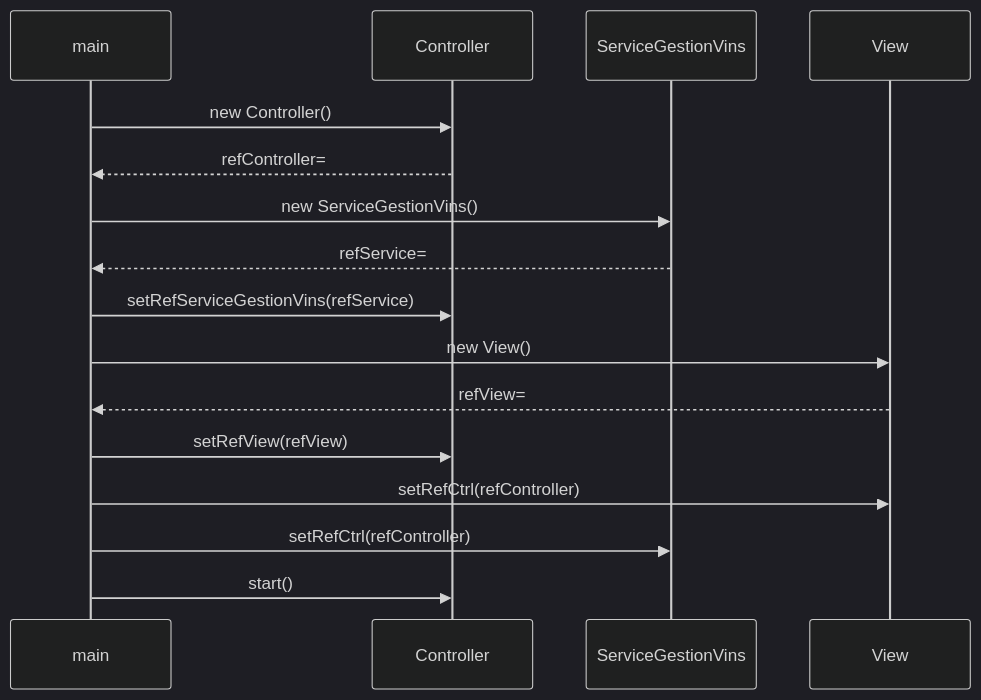
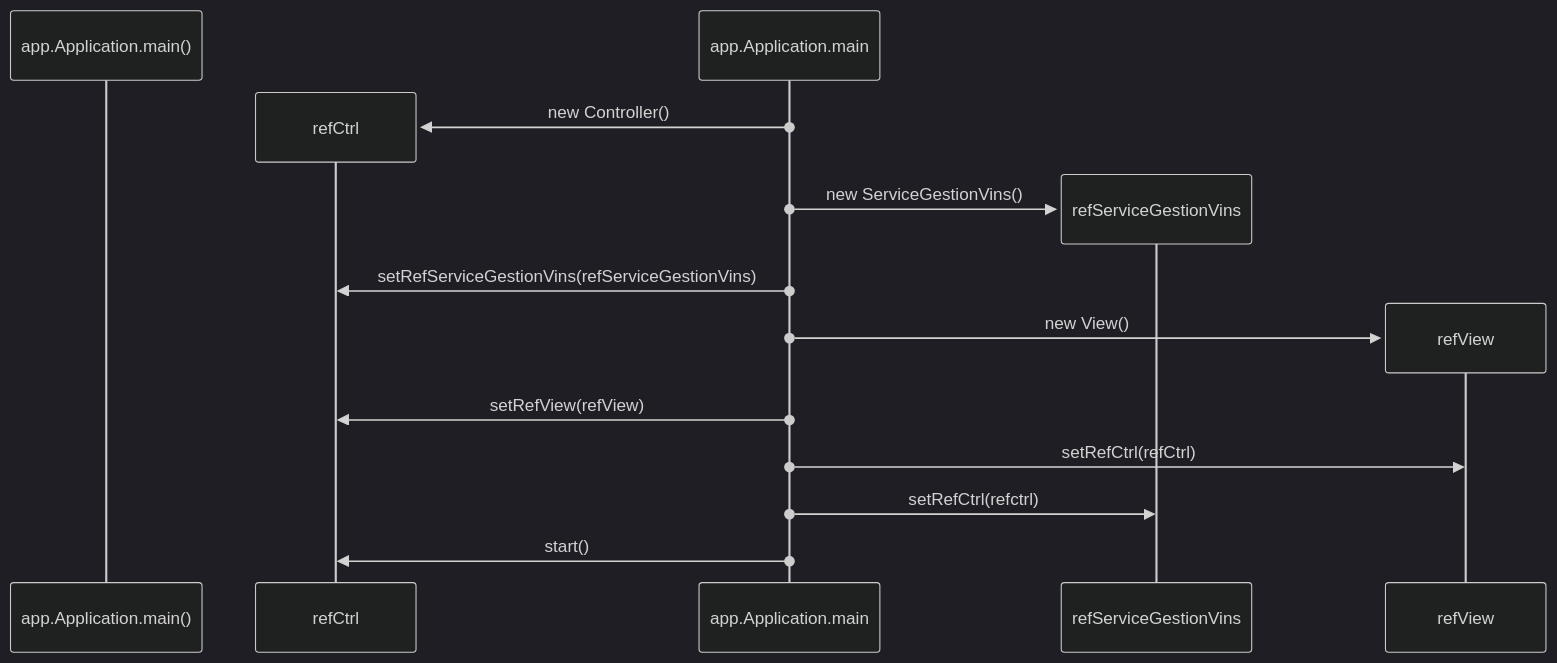
One commit to emf-info-d400/Ex10-VinsEtSpiritueux changed the fourth of 4 diagrams in README.md. Above: the diagram before and after it, drawn with Mermaid (dark theme).

Commit message:
correction sequence diagram

````diff
--- a/README.md
+++ b/README.md
@@ -252,15 +252,15 @@
 ```mermaid
 sequenceDiagram
-    participant main
-    main->>Controller: new Controller()
-    Controller-->>main: refController=
-    main->>ServiceGestionVins: new ServiceGestionVins()
-    ServiceGestionVins-->>main: refService=
-    main->>Controller: setRefServiceGestionVins(refService)
-    main->>View: new View()
-    View-->>main: refView=
-    main->>Controller: setRefView(refView)
-    main->>View: setRefCtrl(refController)
-    main->>ServiceGestionVins: setRefCtrl(refController)
-    main->>Controller: start()
+    participant app.Application.main()
+    create participant refCtrl
+    app.Application.main()->>refCtrl: new Controller()
+    create participant refServiceGestionVins
+    app.Application.main()->>refServiceGestionVins: new ServiceGestionVins()
+    app.Application.main()->>refCtrl: setRefServiceGestionVins(refServiceGestionVins)
+    create participant refView
+    app.Application.main()->>refView: new View()
+    app.Application.main()->>refCtrl: setRefView(refView)
+    app.Application.main()->>refView: setRefCtrl(refCtrl)
+    app.Application.main()->>refServiceGestionVins: setRefCtrl(refctrl)
+    app.Application.main()->>refCtrl: start()
 ```
````
